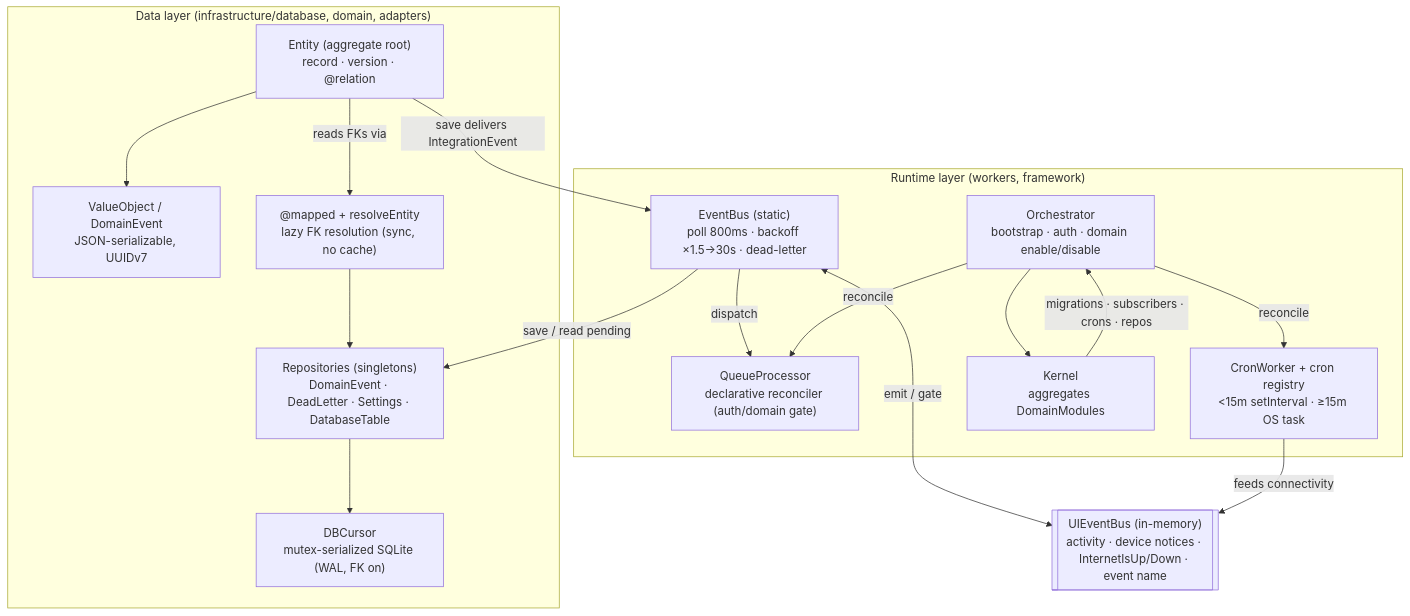
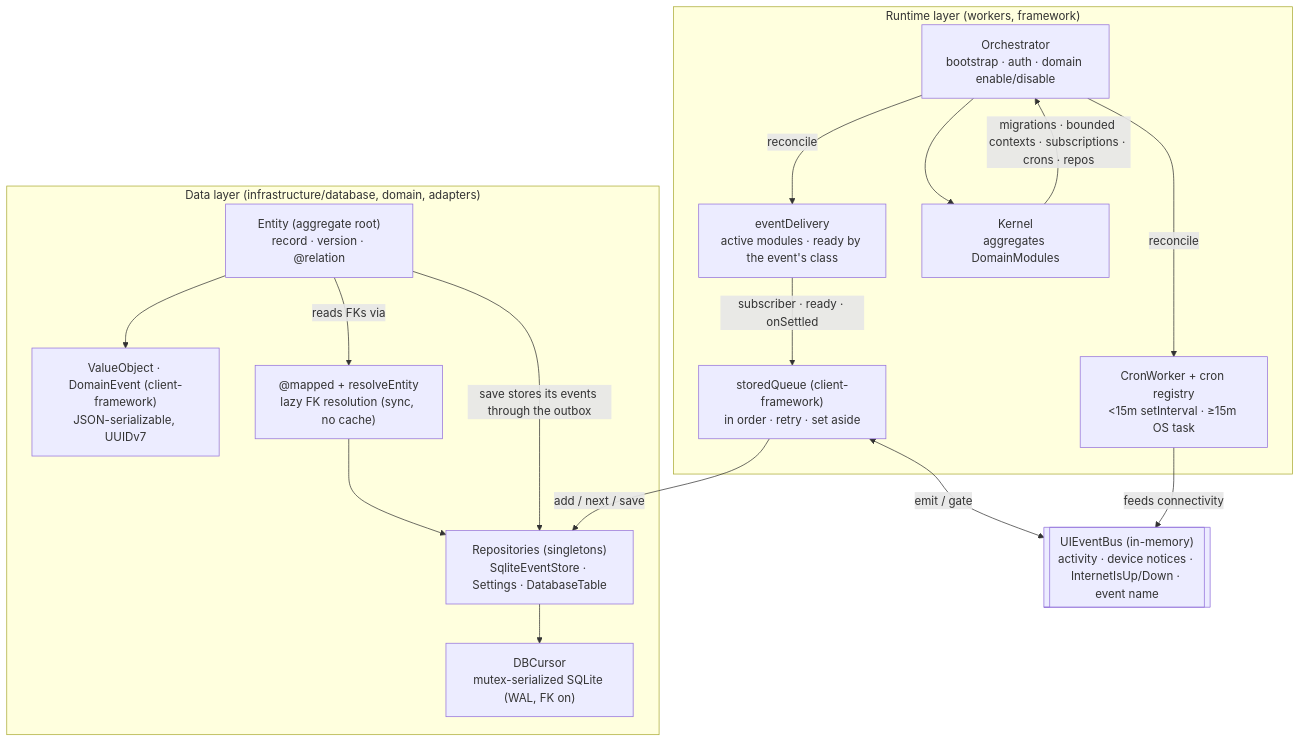
The first of 3 diagrams in docs/architecture-core.md (Sincpro-SRL/sincpro_mobile), drawn with Mermaid before and after one commit. The commit also changed other lines of this file and 128 other files, not shown here.

First line of the commit message:
major(client-framework): run the mobile core on @sincpro/client-framework's process, layer loggers and failure kinds (#64)

````diff
--- a/docs/architecture-core.md
+++ b/docs/architecture-core.md
@@ -48,34 +46,34 @@
 ```mermaid
 flowchart TB
     subgraph DATA["Data layer (infrastructure/database, domain, adapters)"]
         entity["Entity (aggregate root)<br/>record · version · @relation"]
-        vo["ValueObject / DomainEvent<br/>JSON-serializable, UUIDv7"]
+        vo["ValueObject · DomainEvent (client-framework)<br/>JSON-serializable, UUIDv7"]
         mapped["@mapped + resolveEntity<br/>lazy FK resolution (sync, no cache)"]
         cursor["DBCursor<br/>mutex-serialized SQLite (WAL, FK on)"]
-        repos["Repositories (singletons)<br/>DomainEvent · DeadLetter · Settings · DatabaseTable"]
+        repos["Repositories (singletons)<br/>SqliteEventStore · Settings · DatabaseTable"]
     end
 
     subgraph RUNTIME["Runtime layer (workers, framework)"]
-        bus["EventBus (static)<br/>poll 800ms · backoff ×1.5→30s · dead-letter"]
-        qp["QueueProcessor<br/>declarative reconciler (auth/domain gate)"]
+        bus["storedQueue (client-framework)<br/>in order · retry · set aside"]
+        qp["eventDelivery<br/>active modules · ready by the event's class"]
         cron["CronWorker + cron registry<br/>&lt;15m setInterval · ≥15m OS task"]
         orch["Orchestrator<br/>bootstrap · auth · domain enable/disable"]
         kernel["Kernel<br/>aggregates DomainModules"]
     end
 
     uibus[["UIEventBus (in-memory)<br/>activity · device notices · InternetIsUp/Down · event name"]]
 
     entity --> vo
     entity -->|reads FKs via| mapped
     mapped --> repos
     repos --> cursor
-    entity -->|save delivers IntegrationEvent| bus
-    bus -->|save / read pending| repos
-    bus -->|dispatch| qp
+    entity -->|save stores its events through the outbox| repos
+    bus -->|add / next / save| repos
+    qp -->|subscriber · ready · onSettled| bus
     bus <-->|emit / gate| uibus
     cron -->|feeds connectivity| uibus
     orch --> kernel
     orch -->|reconcile| qp
     orch -->|reconcile| cron
-    kernel -->|migrations · subscribers · crons · repos| orch
+    kernel -->|migrations · bounded contexts · subscriptions · crons · repos| orch
 ```
````
